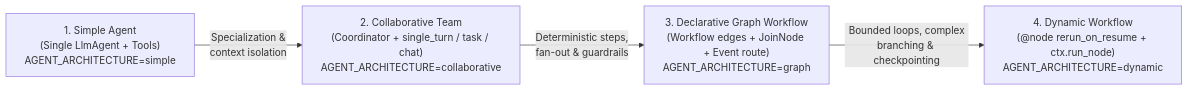
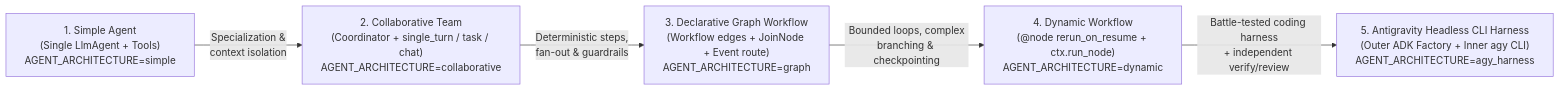
Before and after one commit to jiratouchmhp/coding-agent-workshop: the first of 4 diagrams in workshop/01-LAB-SETUP-AND-BUILD-ADK.md, drawn with Mermaid. The commit also changed other lines of this file and 83 other files, not shown here.

Commit message:
Upgrade to frontier Gemini 4 (Hydrogen/Neon) and integrate agy headless CLI harness across Agent Runtime, BYOC Sandbox, and zero-Docker flows

````diff
--- a/workshop/01-LAB-SETUP-AND-BUILD-ADK.md
+++ b/workshop/01-LAB-SETUP-AND-BUILD-ADK.md
@@ -237,11 +251,13 @@
 ```mermaid
 flowchart LR
     S["1. Simple Agent\n(Single LlmAgent + Tools)\nAGENT_ARCHITECTURE=simple"]
     C["2. Collaborative Team\n(Coordinator + single_turn / task / chat)\nAGENT_ARCHITECTURE=collaborative"]
     G["3. Declarative Graph Workflow\n(Workflow edges + JoinNode + Event route)\nAGENT_ARCHITECTURE=graph"]
     D["4. Dynamic Workflow\n(@node rerun_on_resume + ctx.run_node)\nAGENT_ARCHITECTURE=dynamic"]
+    H["5. Antigravity Headless CLI Harness\n(Outer ADK Factory + Inner agy CLI)\nAGENT_ARCHITECTURE=agy_harness"]
 
     S -- "Specialization &\ncontext isolation" --> C
     C -- "Deterministic steps,\nfan-out & guardrails" --> G
     G -- "Bounded loops, complex\nbranching & checkpointing" --> D
+    D -- "Battle-tested coding harness\n+ independent verify/review" --> H
 ```
````
